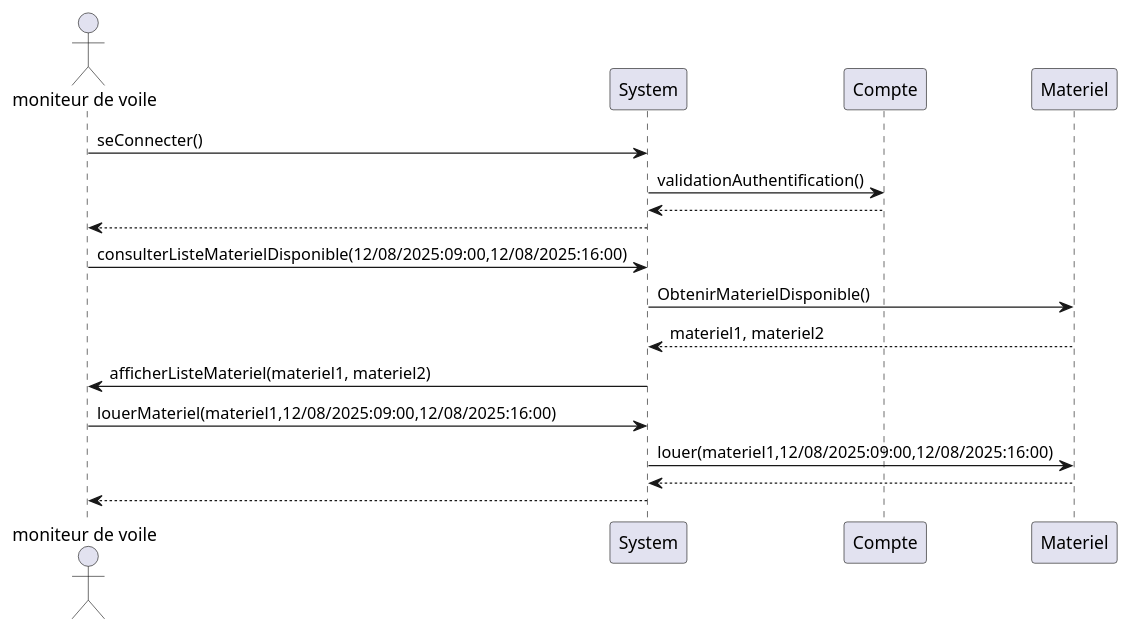
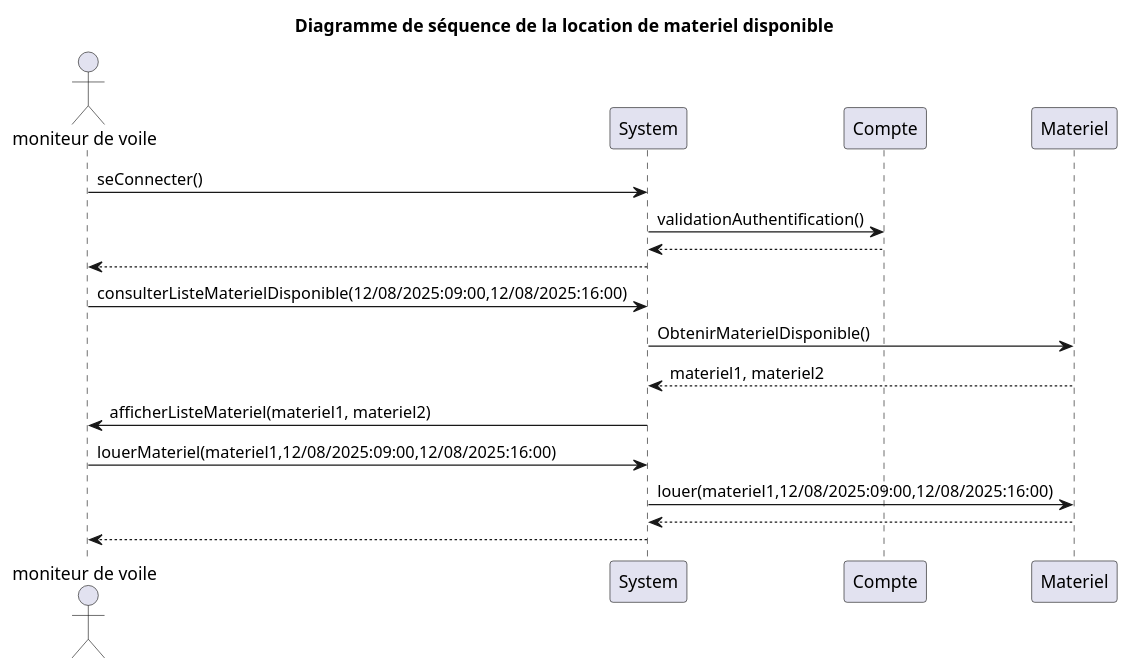
One commit to Egario54/ProjetClubNautique changed the diagram in UML/Diagramme_séquence_locationMaterielDispo.puml. Above: the diagram before and after it, drawn with PlantUML. The commit also changed 31 other files, not shown here.

Commit message:
standardisation des retours dans les diagrammes

```diff
--- a/UML/Diagramme_séquence_locationMaterielDispo.puml
+++ b/UML/Diagramme_séquence_locationMaterielDispo.puml
@@ -1,19 +1,21 @@
 @startuml
 'https://plantuml.com/sequence-diagram
+
+title : Diagramme de séquence de la location de materiel disponible
 
 actor "moniteur de voile" as mono
 
 mono -> System : seConnecter()
 System -> Compte : validationAuthentification()
 return
 System --> mono
 mono -> System : consulterListeMaterielDisponible(12/08/2025:09:00,12/08/2025:16:00)
 System -> Materiel : ObtenirMaterielDisponible()
 return materiel1, materiel2
 System -> mono : afficherListeMateriel(materiel1, materiel2)
 mono -> System : louerMateriel(materiel1,12/08/2025:09:00,12/08/2025:16:00)
 System -> Materiel : louer(materiel1,12/08/2025:09:00,12/08/2025:16:00)
 return
 System --> mono
 
 @enduml
```
